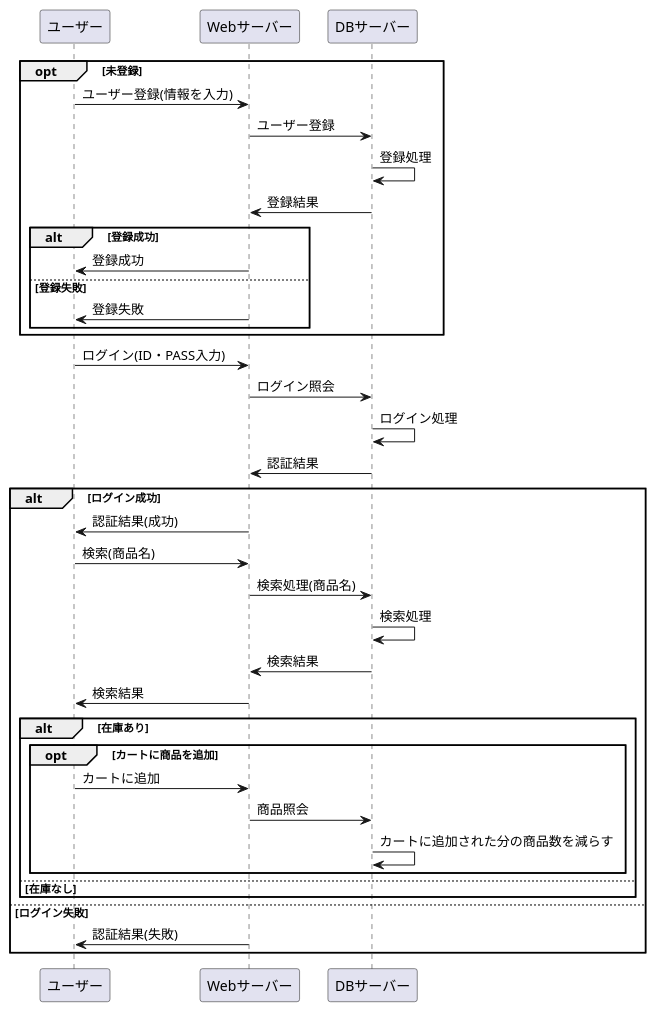
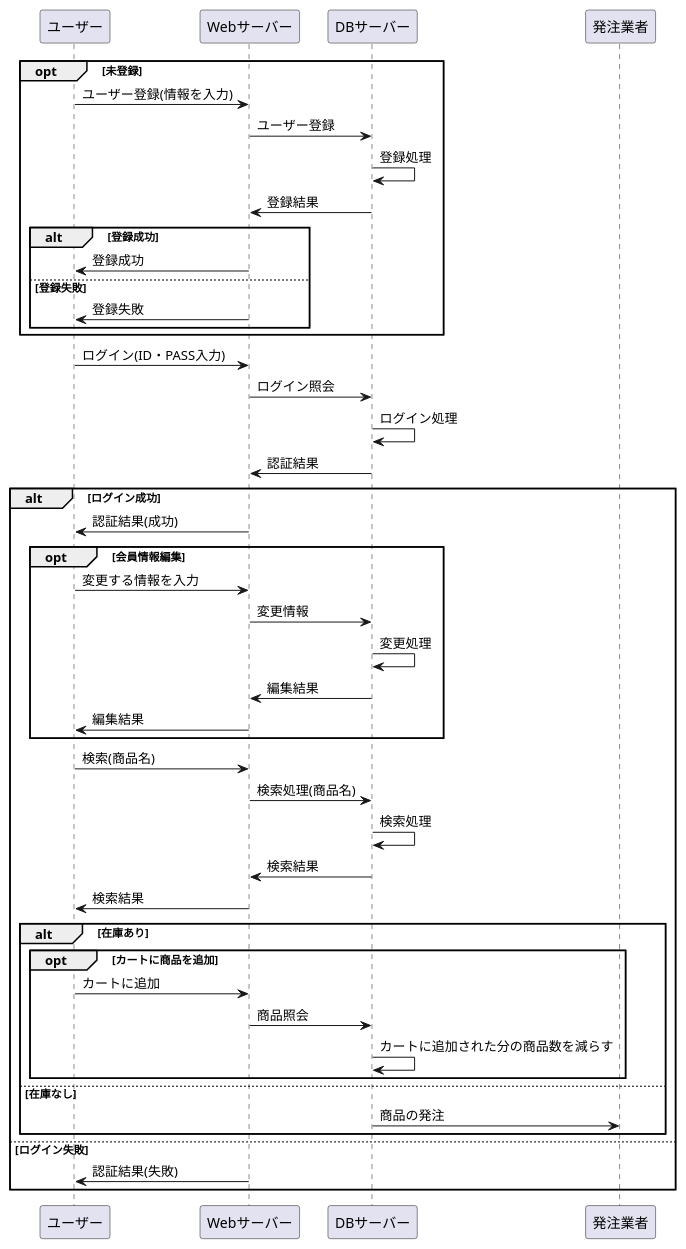
The diagram in sample.md (Aso2001154/2021sys-design), drawn with PlantUML before and after one commit.

````diff
--- a/sample.md
+++ b/sample.md
@@ -1,43 +1,51 @@
 ```uml
 @startuml
 opt 未登録
 ユーザー -> Webサーバー : ユーザー登録(情報を入力)
 Webサーバー -> DBサーバー : ユーザー登録
 DBサーバー -> DBサーバー : 登録処理
 DBサーバー -> Webサーバー : 登録結果
 
 alt 登録成功
 Webサーバー -> ユーザー : 登録成功
 else 登録失敗
 Webサーバー -> ユーザー : 登録失敗
 end
 end
 
 ユーザー -> Webサーバー : ログイン(ID・PASS入力)
 Webサーバー -> DBサーバー : ログイン照会
 DBサーバー -> DBサーバー : ログイン処理
 DBサーバー -> Webサーバー : 認証結果
 
 alt ログイン成功
 Webサーバー -> ユーザー : 認証結果(成功)
 
+opt 会員情報編集
+ユーザー -> Webサーバー : 変更する情報を入力
+Webサーバー -> DBサーバー :変更情報
+DBサーバー -> DBサーバー : 変更処理
+DBサーバー -> Webサーバー : 編集結果
+Webサーバー -> ユーザー : 編集結果
+end
 
 ユーザー -> Webサーバー : 検索(商品名)
 Webサーバー -> DBサーバー : 検索処理(商品名)
 DBサーバー -> DBサーバー : 検索処理
 DBサーバー -> Webサーバー : 検索結果
 Webサーバー -> ユーザー : 検索結果
 
 alt 在庫あり
 opt カートに商品を追加
 ユーザー -> Webサーバー : カートに追加
 Webサーバー -> DBサーバー : 商品照会
 DBサーバー -> DBサーバー : カートに追加された分の商品数を減らす
 end
 else 在庫なし
+DBサーバー -> 発注業者 : 商品の発注
 end
 else ログイン失敗
 Webサーバー -> ユーザー : 認証結果(失敗)
 end
 @enduml
 ```
````
